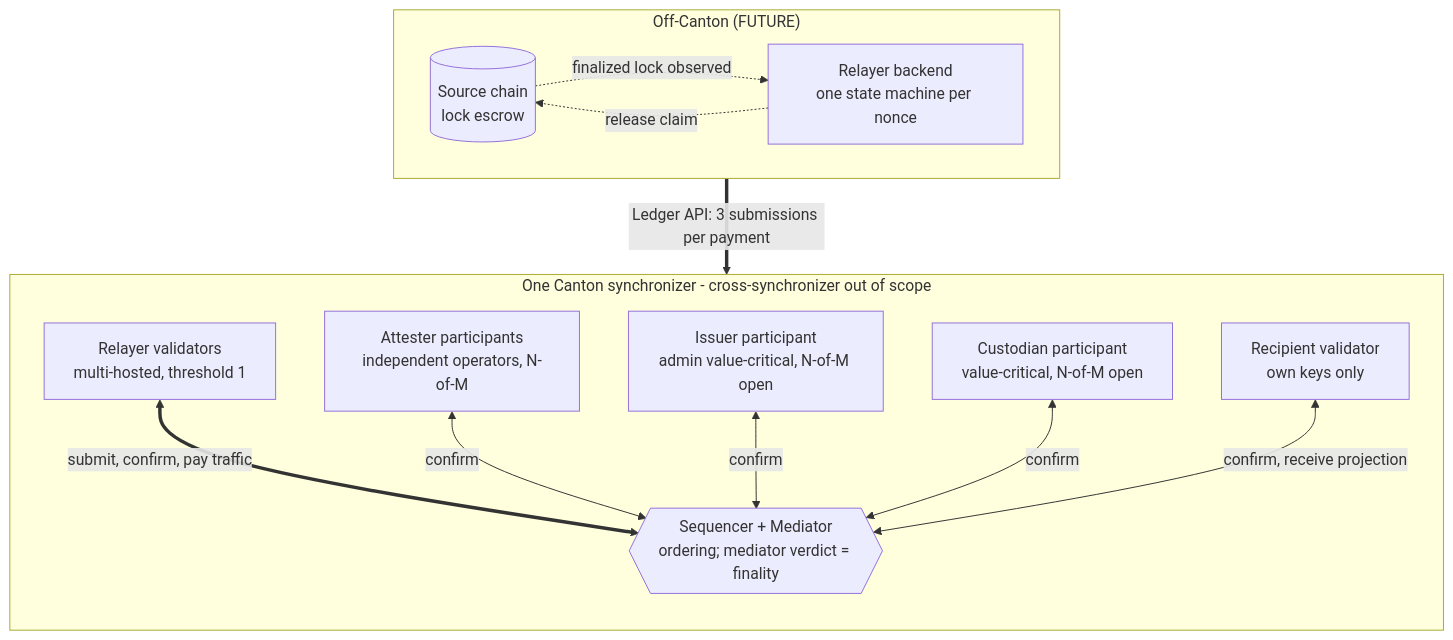
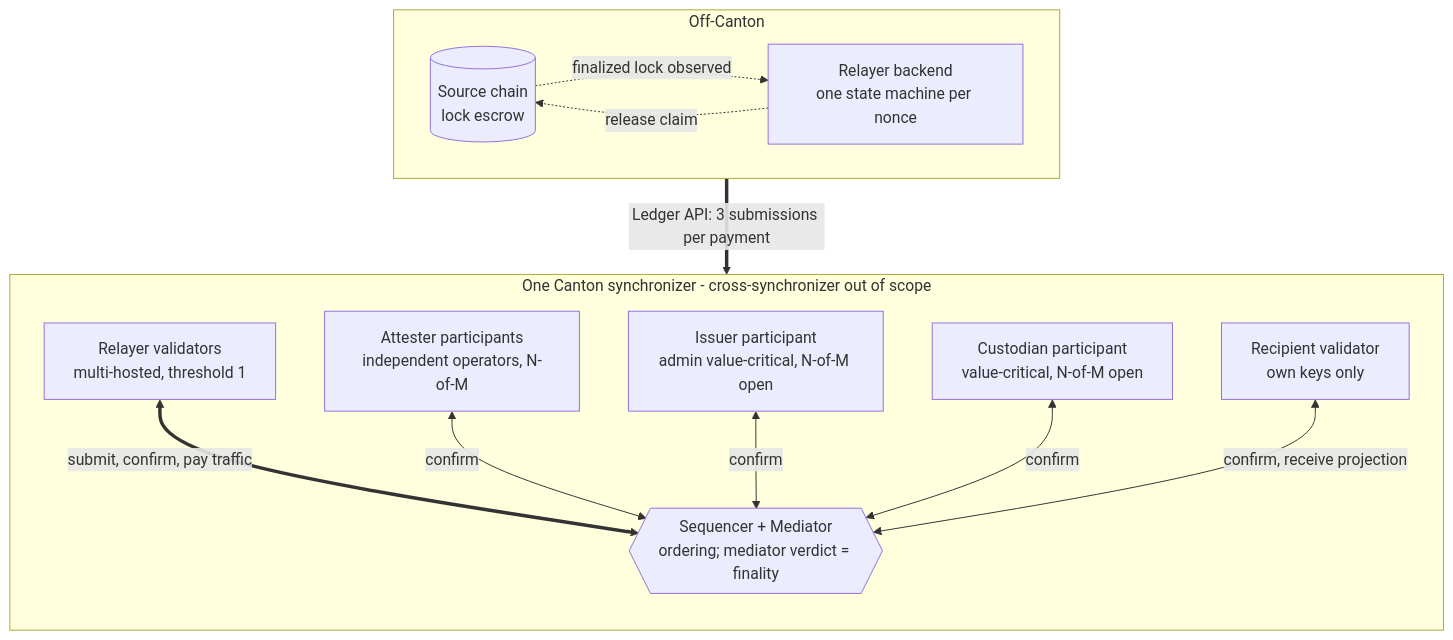
One commit to OpenZeppelin/canton-specs changed the second of 6 diagrams in docs/reference-architectures/cross-chain-stablecoin.md. Above: the diagram before and after it, drawn with Mermaid.

````diff
--- a/docs/reference-architectures/cross-chain-stablecoin.md
+++ b/docs/reference-architectures/cross-chain-stablecoin.md
@@ -222,28 +222,28 @@
 ```mermaid
 flowchart TB
-    subgraph Off["Off-Canton (FUTURE)"]
+    subgraph Off["Off-Canton"]
         direction LR
         Chain[("Source chain<br/>lock escrow")]
         Backend["Relayer backend<br/>one state machine per nonce"]
     end
 
     subgraph Canton["One Canton synchronizer - cross-synchronizer out of scope"]
         direction TB
         NRel["Relayer validators<br/>multi-hosted, threshold 1"]
         NAtt["Attester participants<br/>independent operators, N-of-M"]
         NIss["Issuer participant<br/>admin value-critical, N-of-M open"]
         NCus["Custodian participant<br/>value-critical, N-of-M open"]
         NRec["Recipient validator<br/>own keys only"]
         Sync{{"Sequencer + Mediator<br/>ordering; mediator verdict = finality"}}
     end
 
     Chain -.->|"finalized lock observed"| Backend
     Backend -.->|"release claim"| Chain
     Backend ==>|"Ledger API: 3 submissions per payment"| NRel
 
     NRel <==>|"submit, confirm, pay traffic"| Sync
     NAtt <-->|"confirm"| Sync
     NIss <-->|"confirm"| Sync
     NCus <-->|"confirm"| Sync
     NRec <-->|"confirm, receive projection"| Sync
 ```
````
